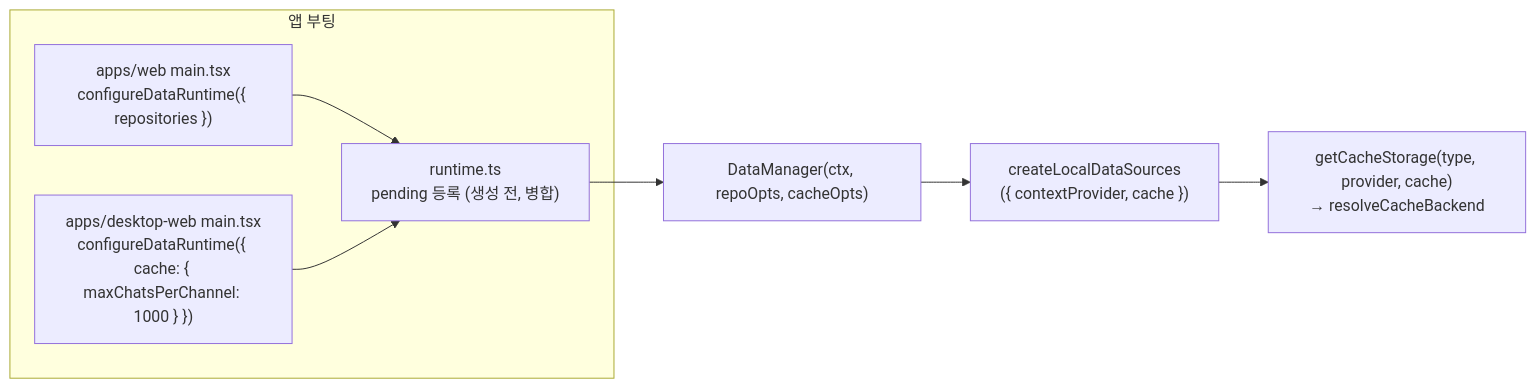
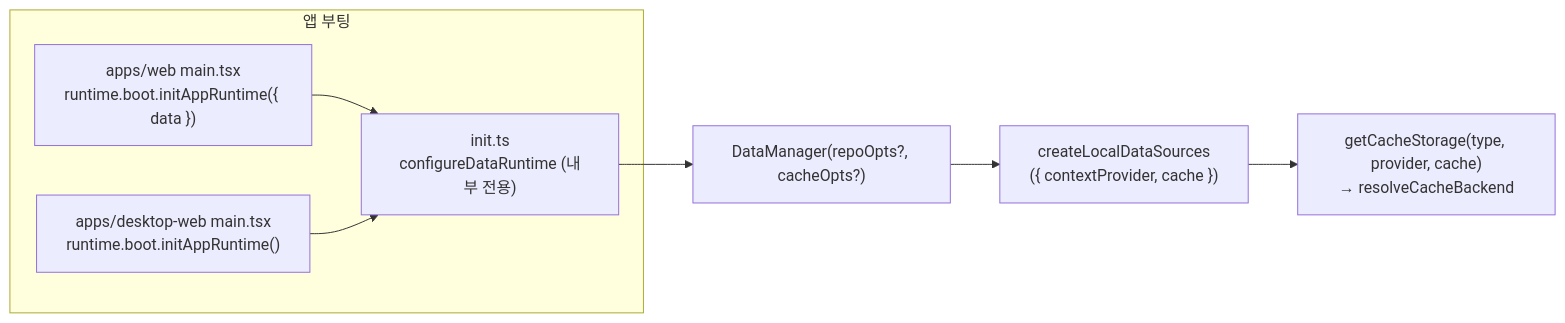
The second of 2 diagrams in libs/app-runtime/docs/data/cache-storage-routing.md (lemoncloud-io/dou-app), drawn with Mermaid before and after one commit. The commit also changed other lines of this file and 5 other files, not shown here.

First line of the commit message:
docs(app-runtime): this package does hit the refresh endpoint, and join removal purges chat

````diff
--- a/libs/app-runtime/docs/data/cache-storage-routing.md
+++ b/libs/app-runtime/docs/data/cache-storage-routing.md
@@ -70,10 +70,10 @@
 ```mermaid
 flowchart LR
     subgraph 앱 부팅
-        A["apps/web main.tsx\nconfigureDataRuntime({ repositories })"] --> P["runtime.ts\npending 등록 (생성 전, 병합)"]
-        B["apps/desktop-web main.tsx\nconfigureDataRuntime({ cache: { maxChatsPerChannel: 1000 } })"] --> P
+        A["apps/web main.tsx\nruntime.boot.initAppRuntime({ data })"] --> P["init.ts\nconfigureDataRuntime (내부 전용)"]
+        B["apps/desktop-web main.tsx\nruntime.boot.initAppRuntime()"] --> P
     end
-    P --> DM["DataManager(ctx, repoOpts, cacheOpts)"]
+    P --> DM["DataManager(repoOpts?, cacheOpts?)"]
     DM --> LF["createLocalDataSources\n({ contextProvider, cache })"]
     LF --> GS["getCacheStorage(type, provider, cache)\n→ resolveCacheBackend"]
 ```
````
